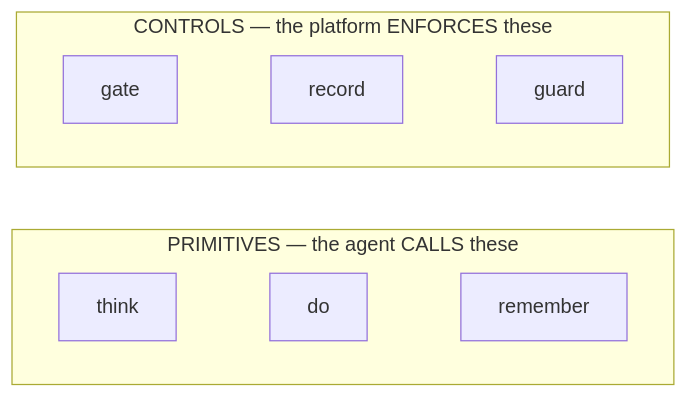
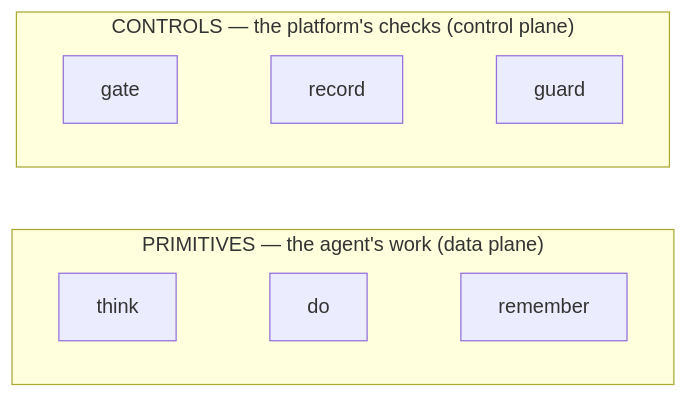
One commit to tilsley/creance changed the fifth of 17 diagrams in docs/walkthrough-slides.md. Above: the diagram before and after it, drawn with Mermaid. The commit also changed other lines of this file and 2 other files, not shown here.

Commit message:
docs: de-wooly primitive vs control — concrete delete-test + k8s analogy
Feedback: "primitive" / "control" read as abstract. Keep the terms, anchor them:
- the test — delete it: can't make progress = primitive; runs but ungoverned =
  control. Triggered by agent + advances vs triggered by platform + governs (can
  say no).
- the k8s analogy — data plane / control plane: primitives are pods doing the
  work; controls are RBAC + quotas + admission webhooks that govern it.

Applied to slide 5 (both walkthrough files: relabel subgraphs to data/control
plane, add the test + analogy caption, rewrite the script) and to primitives.md's
"Primitives vs. controls" section.

````diff
--- a/docs/walkthrough-slides.md
+++ b/docs/walkthrough-slides.md
@@ -56,11 +56,11 @@
 ```mermaid
 flowchart LR
-  subgraph PRIM["PRIMITIVES — the agent CALLS these"]
+  subgraph PRIM["PRIMITIVES — the agent's work (data plane)"]
     direction LR
     T["think"] ~~~ D["do"] ~~~ R["remember"]
   end
-  subgraph CTRL["CONTROLS — the platform ENFORCES these"]
+  subgraph CTRL["CONTROLS — the platform's checks (control plane)"]
     direction LR
     G["gate"] ~~~ Rec["record"] ~~~ Gu["guard"]
   end
 ```
````
